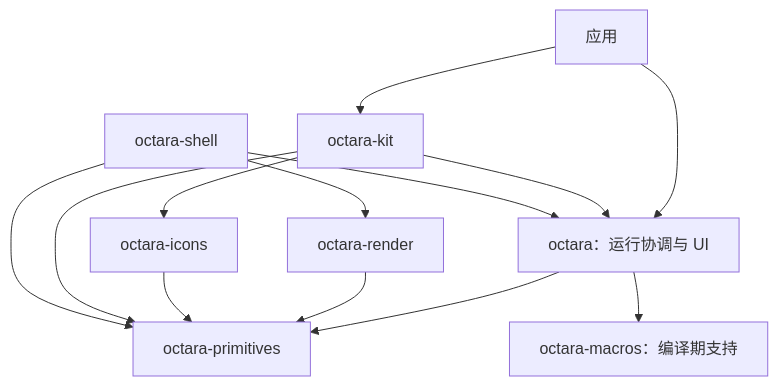
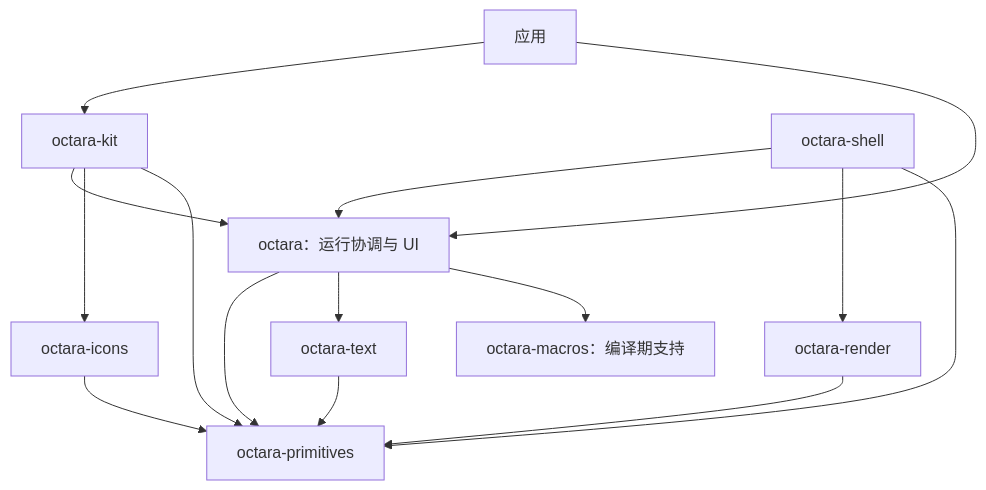
The diagram in docs/design/package-boundaries.md (devxiyang/octara), drawn with Mermaid before and after one commit. The commit also changed other lines of this file and 32 other files, not shown here.

````diff
--- a/docs/design/package-boundaries.md
+++ b/docs/design/package-boundaries.md
@@ -8,15 +8,17 @@
 ```mermaid
 flowchart TD
     App[应用] --> Kit[octara-kit]
     App --> Core[octara：运行协调与 UI]
     Kit --> Core
     Kit --> Icons[octara-icons]
     Shell[octara-shell] --> Core
     Shell --> Render[octara-render]
     Core --> P[octara-primitives]
+    Core --> Text[octara-text]
+    Text --> P
     Render --> P
     Icons --> P
     Kit --> P
     Shell --> P
     Core --> Macros[octara-macros：编译期支持]
 ```
````
